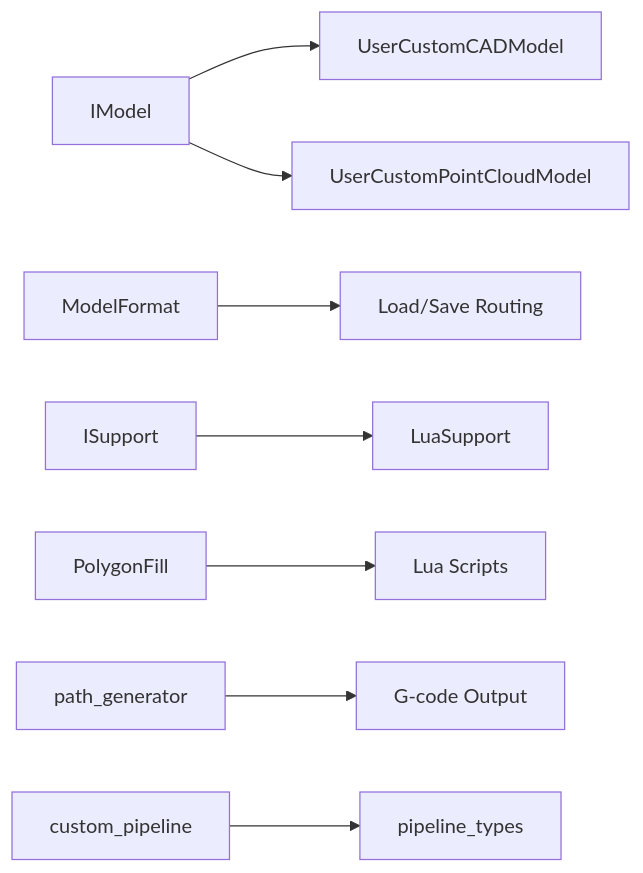
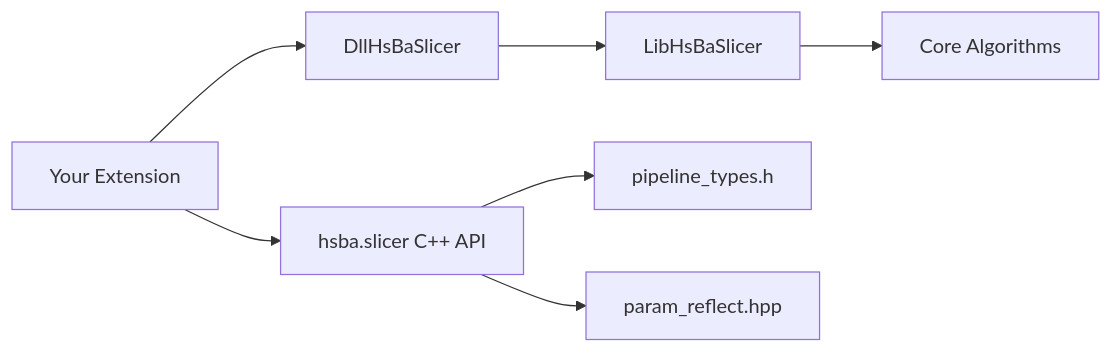
One commit to hsmbanlance/HsBaSlicer changed the tenth of 11 diagrams in .qoder/repowiki/en/content/Extension Development/Extension Development.md. Above: the diagram before and after it, drawn with Mermaid. The commit also changed other lines of this file and 1095 other files, not shown here.

````diff
--- a/.qoder/repowiki/en/content/Extension Development/Extension Development.md
+++ b/.qoder/repowiki/en/content/Extension Development/Extension Development.md
@@ -462,10 +462,9 @@
 ```mermaid
 graph LR
-IModel["IModel"] --> CAD["UserCustomCADModel"]
-IModel --> PC["UserCustomPointCloudModel"]
-MF["ModelFormat"] --> IO["Load/Save Routing"]
-IS["ISupport"] --> LS["LuaSupport"]
-PF["PolygonFill"] --> LU["Lua Scripts"]
-PG["path_generator"] --> GC["G-code Output"]
-CP["custom_pipeline"] --> PT["pipeline_types"]
+App["Your Extension"] --> Dll["DllHsBaSlicer"]
+Dll --> Lib["LibHsBaSlicer"]
+Lib --> Core["Core Algorithms"]
+App --> Mod["hsba.slicer C++ API"]
+Mod --> Types["pipeline_types.h"]
+Mod --> Reflect["param_reflect.hpp"]
 ```
````
